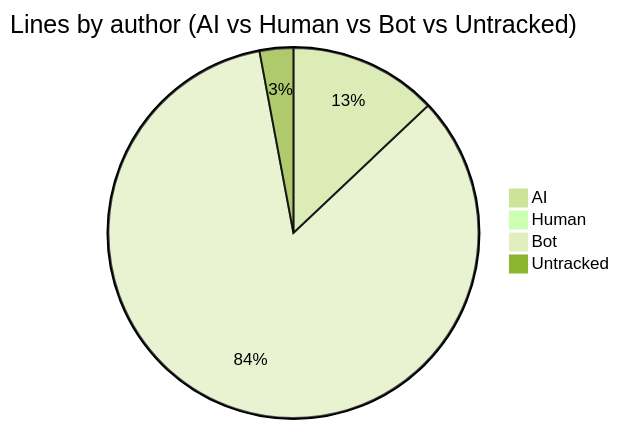
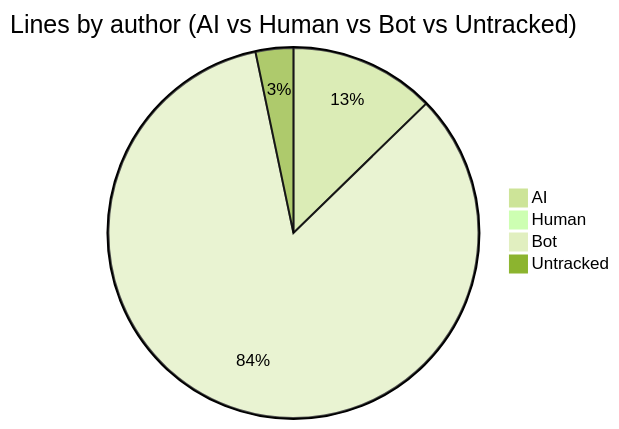
Before and after one commit to CaliMark/game-of-life: the fourth of 7 diagrams in AI-AUTHORSHIP.md, drawn with Mermaid (forest theme). The commit also changed other lines of this file and 1 other file, not shown here.

````diff
--- a/AI-AUTHORSHIP.md
+++ b/AI-AUTHORSHIP.md
@@ -61,7 +61,7 @@
 ```mermaid
 pie title Lines by author (AI vs Human vs Bot vs Untracked)
-    "AI" : 585
+    "AI" : 583
     "Human" : 0
-    "Bot" : 3802
-    "Untracked" : 133
+    "Bot" : 3855
+    "Untracked" : 151
 ```
````
